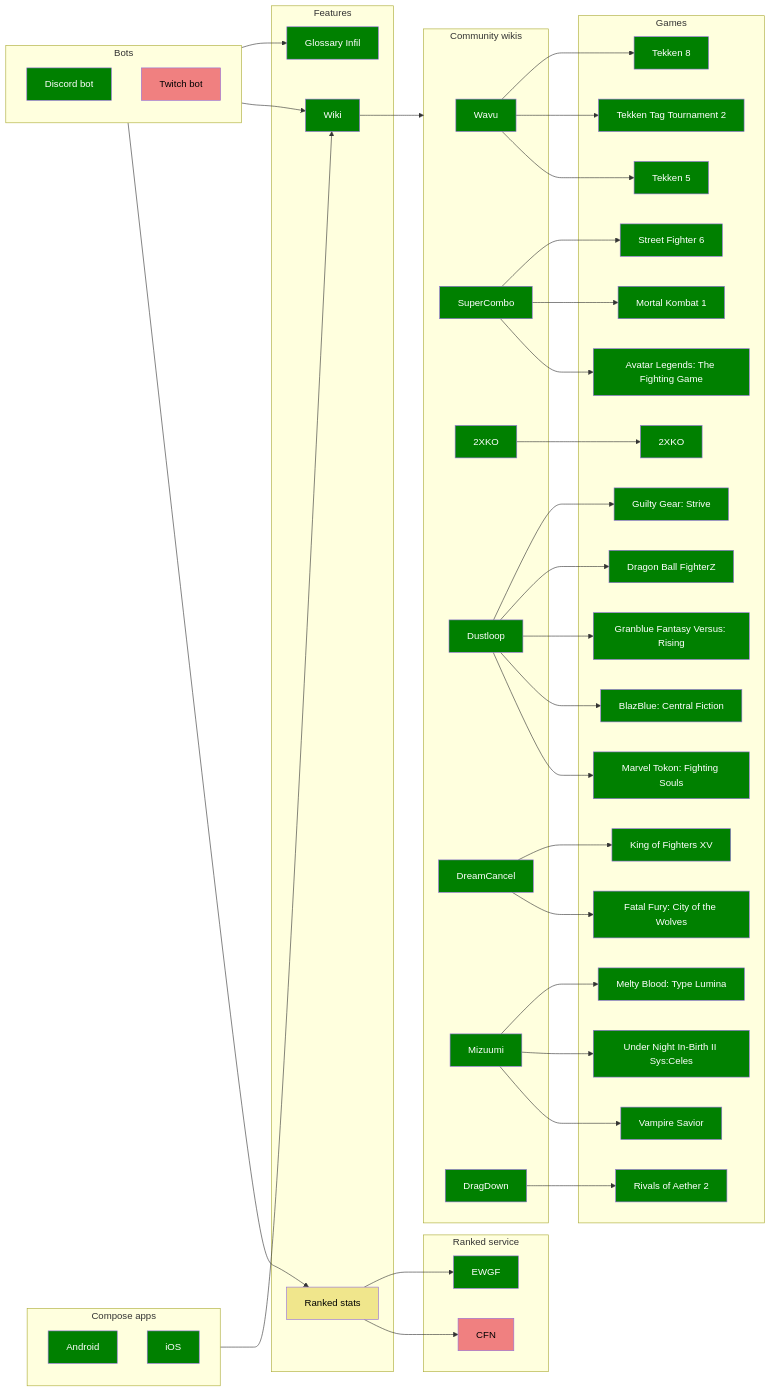
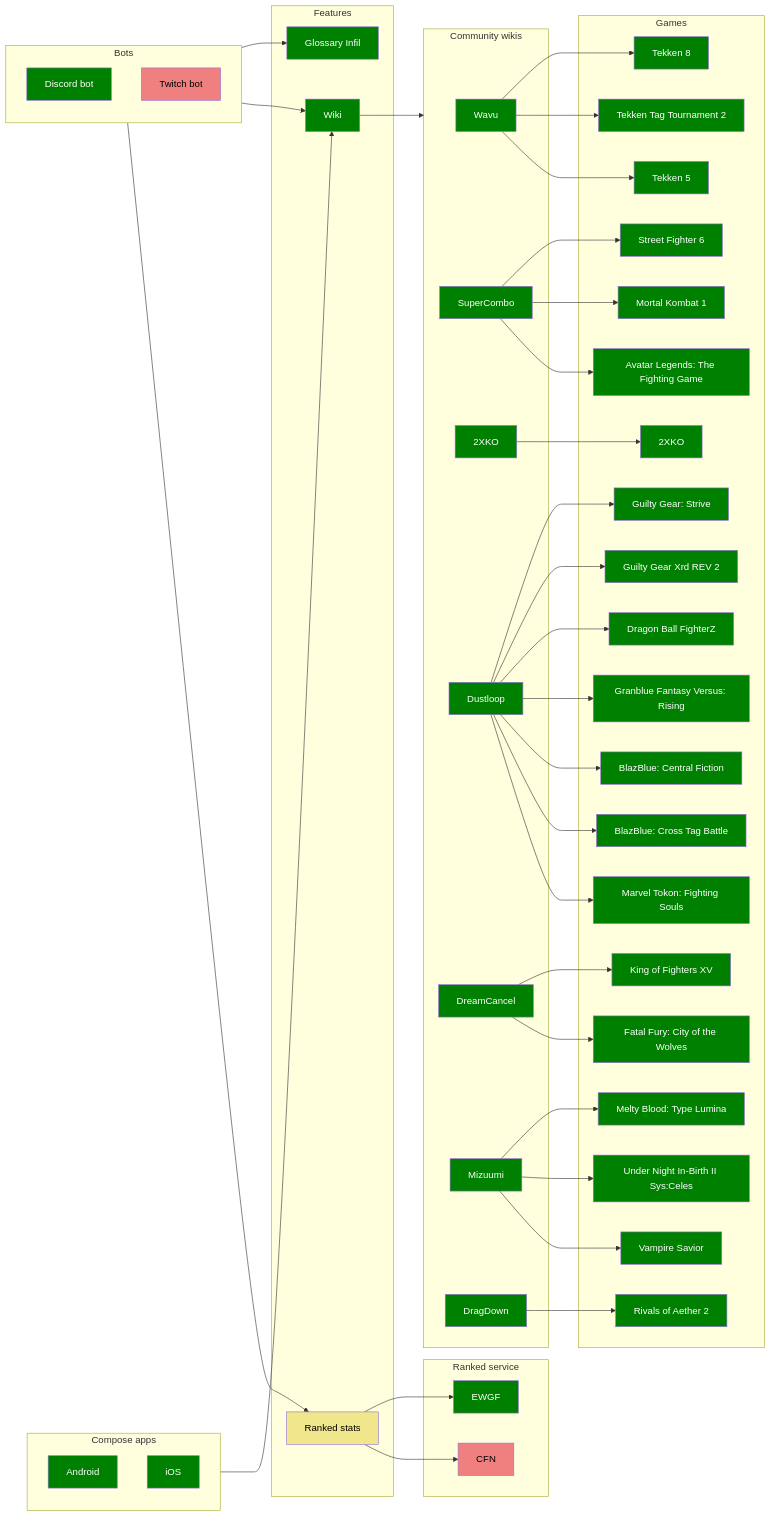
Before and after one commit to Sophon/FightingNerd: the diagram in docs/modules.mmd, drawn with Mermaid.

Commit message:
docs (project): update modules

```diff
--- a/docs/modules.mmd
+++ b/docs/modules.mmd
@@ -1,94 +1,98 @@
 graph LR
     subgraph bots[Bots]
         discordBot[Discord bot]
         twitchBot[Twitch bot]
     end
 
     subgraph compose[Compose apps]
         android[Android]
         iOS[iOS]
     end
 
     subgraph Features
         glossaryInfil[Glossary Infil]
         wikiFeat[Wiki]
         elo[Ranked stats]
     end
 
     subgraph wikiGraph[Community wikis]
         wikiWavu[Wavu]
         supercombo[SuperCombo]
         2xko[2XKO]
         dustloop[Dustloop]
         dreamcancel[DreamCancel]
         mizuumi[Mizuumi]
         dragdown[DragDown]
     end
 
     subgraph Games
         t8[Tekken 8]
         tag2[Tekken Tag Tournament 2]
         t5[Tekken 5]
         sf6[Street Fighter 6]
         mk1[Mortal Kombat 1]
         ggst[Guilty Gear: Strive]
+        ggxrd[Guilty Gear Xrd REV 2]
         dbfz[Dragon Ball FighterZ]
         gbvsr[Granblue Fantasy Versus: Rising]
         kof15[King of Fighters XV]
         cotw[Fatal Fury: City of the Wolves]
         xko[2XKO]
         melty[Melty Blood: Type Lumina]
         bbcf[BlazBlue: Central Fiction]
+        bbtag[BlazBlue: Cross Tag Battle]
         uni2[Under Night In-Birth II Sys:Celes]
         vsav[Vampire Savior]
         avl[Avatar Legends: The Fighting Game]
         roa[Rivals of Aether 2]
         mtfs[Marvel Tokon: Fighting Souls]
     end
 
     subgraph Ranked service
         ewgf[EWGF]
         cfn[CFN]
     end
 
     compose --> wikiFeat
 
     bots --> glossaryInfil
     bots --> wikiFeat
     bots --> elo
 
     wikiFeat --> wikiGraph
 
     elo --> ewgf
     elo --> cfn
 
     wikiWavu --> t8
     wikiWavu --> tag2
     wikiWavu --> t5
     supercombo --> sf6
     supercombo --> mk1
     supercombo --> avl
     dustloop --> ggst
+    dustloop --> ggxrd
     dustloop --> dbfz
     dustloop --> gbvsr
     dustloop --> bbcf
+    dustloop --> bbtag
     dustloop --> mtfs
     2xko --> xko
     dreamcancel --> kof15
     dreamcancel --> cotw
     mizuumi --> melty
     mizuumi --> uni2
     mizuumi --> vsav
     dragdown --> roa
 
     classDef done fill:green,color:white
     classDef inProgress fill:khaki,color:black
     classDef planned fill:lightcoral,color:black
 
     class discordBot,android,iOS done
     class glossaryInfil,wikiFeat done
     class wikiWavu,supercombo,2xko,dustloop,dreamcancel,mizuumi,dragdown done
-    class t8,tag2,t5,sf6,mk1,avl,ggst,dbfz,gbvsr,bbcf,mtfs,xko,kof15,cotw,melty,uni2,vsav,roa done
+    class t8,tag2,t5,sf6,mk1,avl,ggst,ggxrd,dbfz,gbvsr,bbcf,bbtag,mtfs,xko,kof15,cotw,melty,uni2,vsav,roa done
     class ewgf done
     class elo inProgress
     class twitchBot,cfn planned
```
